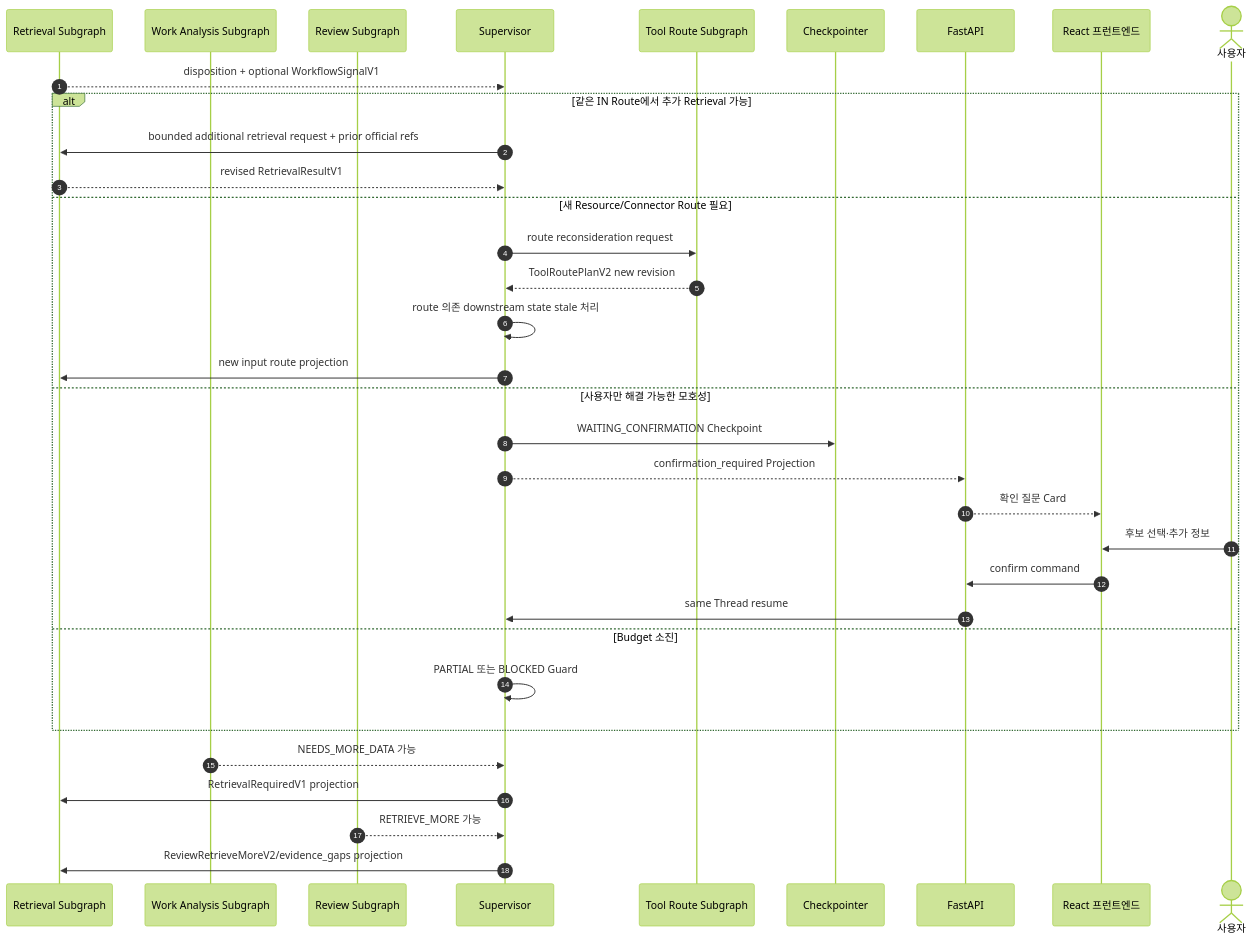
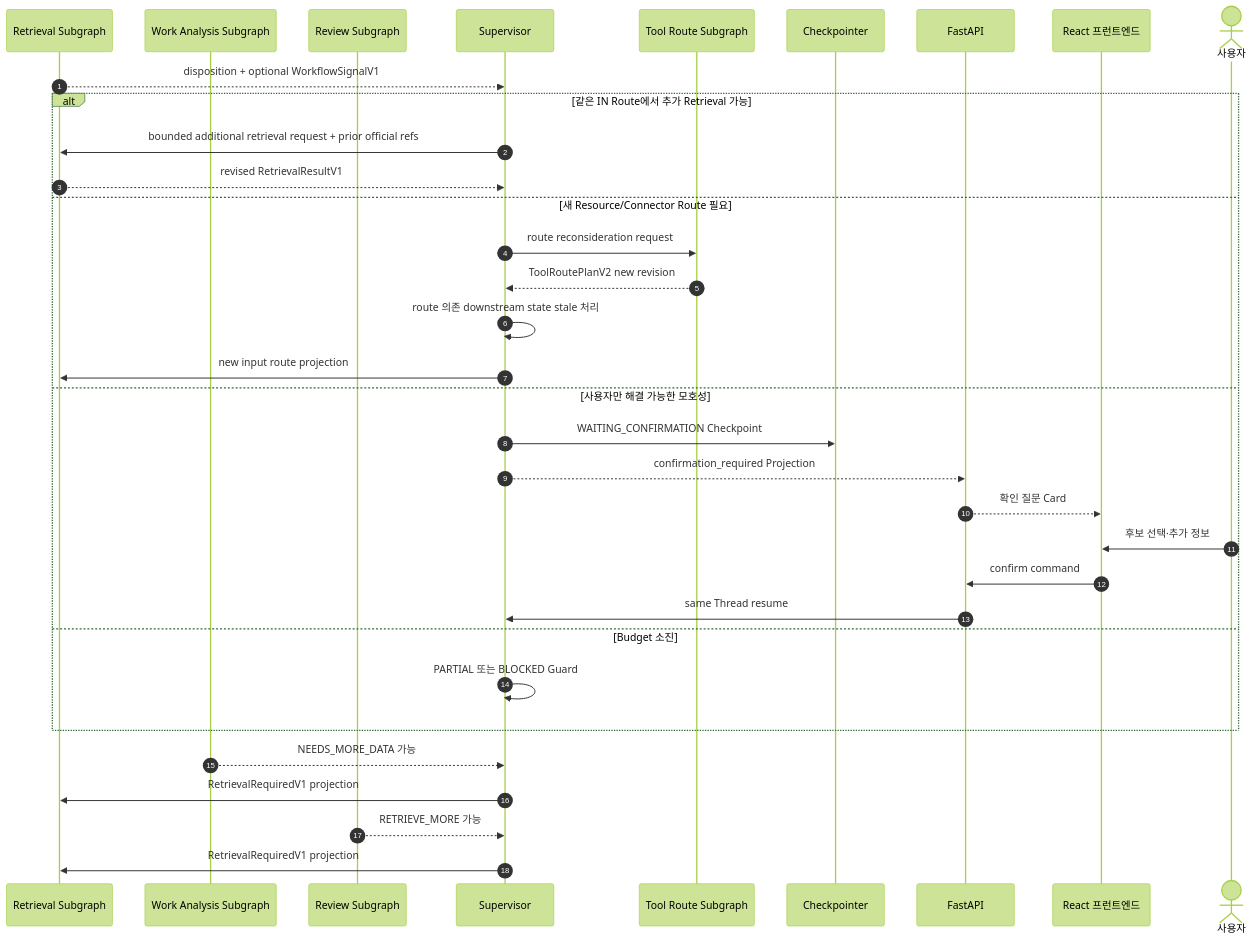
Before and after one commit to solar-ai-dev/google-work-agent: the sixth of 20 diagrams in docs/08-sequence-design.md, drawn with Mermaid (forest theme). The commit also changed other lines of this file and 10 other files, not shown here.

````diff
--- a/docs/08-sequence-design.md
+++ b/docs/08-sequence-design.md
@@ -389,38 +389,38 @@
 ```mermaid
 sequenceDiagram
     autonumber
     participant RET as Retrieval Subgraph
     participant ANA as Work Analysis Subgraph
     participant REV as Review Subgraph
     participant SUP as Supervisor
     participant ROUTE as Tool Route Subgraph
     participant DB as Checkpointer
     participant API as FastAPI
     participant FE as React 프런트엔드
     actor U as 사용자
 
     RET-->>SUP: disposition + optional WorkflowSignalV1
     alt 같은 IN Route에서 추가 Retrieval 가능
         SUP->>RET: bounded additional retrieval request + prior official refs
         RET-->>SUP: revised RetrievalResultV1
     else 새 Resource/Connector Route 필요
         SUP->>ROUTE: route reconsideration request
         ROUTE-->>SUP: ToolRoutePlanV2 new revision
         SUP->>SUP: route 의존 downstream state stale 처리
         SUP->>RET: new input route projection
     else 사용자만 해결 가능한 모호성
         SUP->>DB: WAITING_CONFIRMATION Checkpoint
         SUP-->>API: confirmation_required Projection
         API-->>FE: 확인 질문 Card
         U->>FE: 후보 선택·추가 정보
         FE->>API: confirm command
         API->>SUP: same Thread resume
     else Budget 소진
         SUP->>SUP: PARTIAL 또는 BLOCKED Guard
     end
 
     ANA-->>SUP: NEEDS_MORE_DATA 가능
     SUP->>RET: RetrievalRequiredV1 projection
     REV-->>SUP: RETRIEVE_MORE 가능
-    SUP->>RET: ReviewRetrieveMoreV2/evidence_gaps projection
+    SUP->>RET: RetrievalRequiredV1 projection
 ```
````
